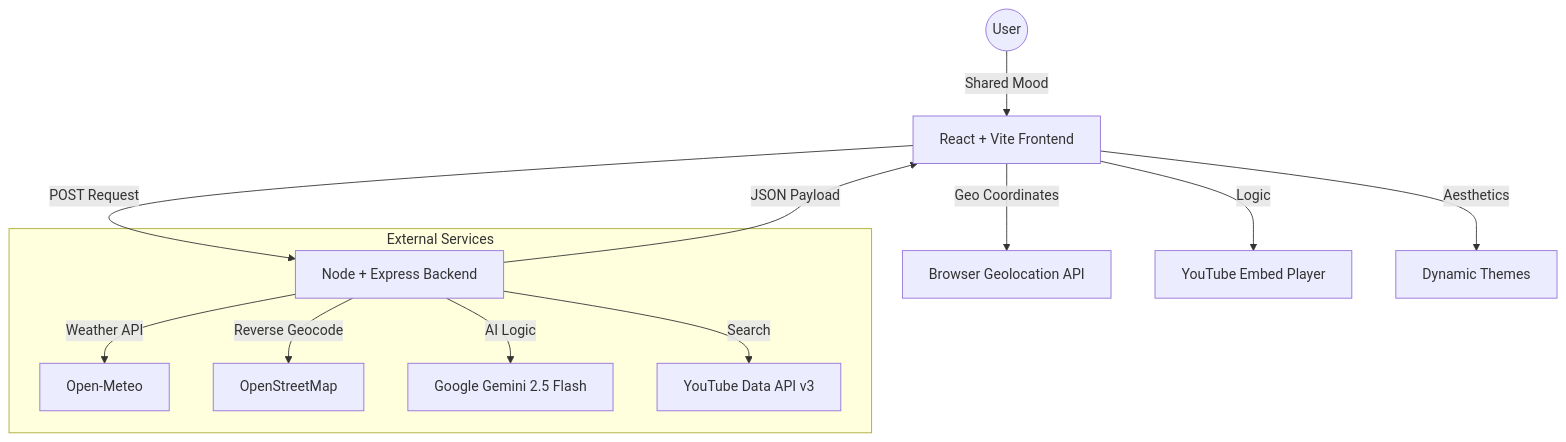
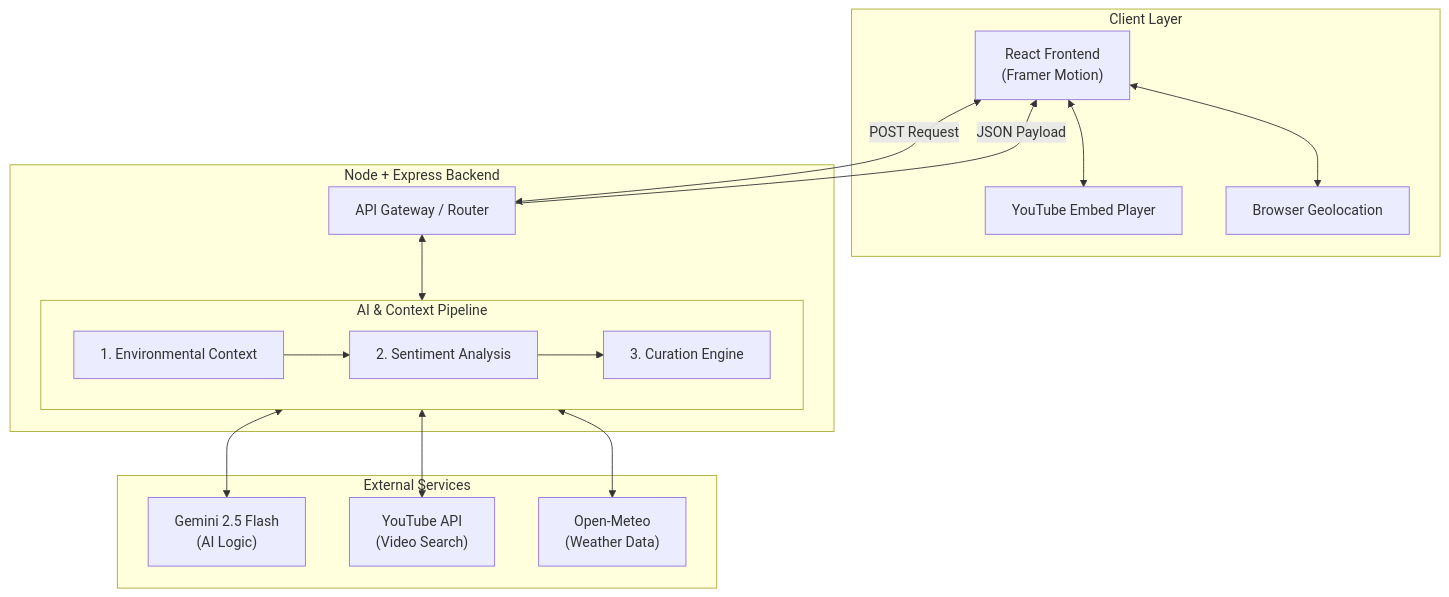
One commit to JaleedAhmad/music-recommender changed the diagram in README.md. Above: the diagram before and after it, drawn with Mermaid. The commit also changed other lines of this file, not shown here.

````diff
--- a/README.md
+++ b/README.md
@@ -37,17 +65,41 @@
 ```mermaid
 graph TD
-    User((User)) -->|Shared Mood| Frontend[React + Vite Frontend]
-    Frontend -->|Geo Coordinates| Geo[Browser Geolocation API]
-    Frontend -->|POST Request| Backend[Node + Express Backend]
-
-    subgraph External Services
-        Backend -->|Weather API| OpenMeteo[Open-Meteo]
-        Backend -->|Reverse Geocode| OSM[OpenStreetMap]
-        Backend -->|AI Logic| Gemini[Google Gemini 2.5 Flash]
-        Backend -->|Search| YouTube[YouTube Data API v3]
+    %% Client Layer
+    subgraph Client [Client Layer]
+        A["React Frontend \n (Framer Motion)"]
+        M["YouTube Embed Player"]
+        Geo["Browser Geolocation"]
+        A <--> M
+        A <--> Geo
     end
 
-    Backend -->|JSON Payload| Frontend
-    Frontend -->|Logic| Player[YouTube Embed Player]
-    Frontend -->|Aesthetics| Theme[Dynamic Themes]
+    %% Cloud/API Layer
+    subgraph Backend [Node + Express Backend]
+        B["API Gateway / Router"]
+        
+        subgraph Agents [AI & Context Pipeline]
+            C1["1. Environmental Context"]
+            C2["2. Sentiment Analysis"]
+            C3["3. Curation Engine"]
+            C1 --> C2 --> C3
+        end
+        
+        B <--> Agents
+    end
+
+    %% Inference Layer
+    subgraph Inference [External Services]
+        D["Gemini 2.5 Flash \n (AI Logic)"]
+        E["YouTube API \n (Video Search)"]
+        F["Open-Meteo \n (Weather Data)"]
+    end
+
+    %% Connections
+    A <-->|POST Request| B
+    
+    Agents <--> D
+    Agents <--> E
+    Agents <--> F
+    
+    B -->|JSON Payload| A
 ```
````
